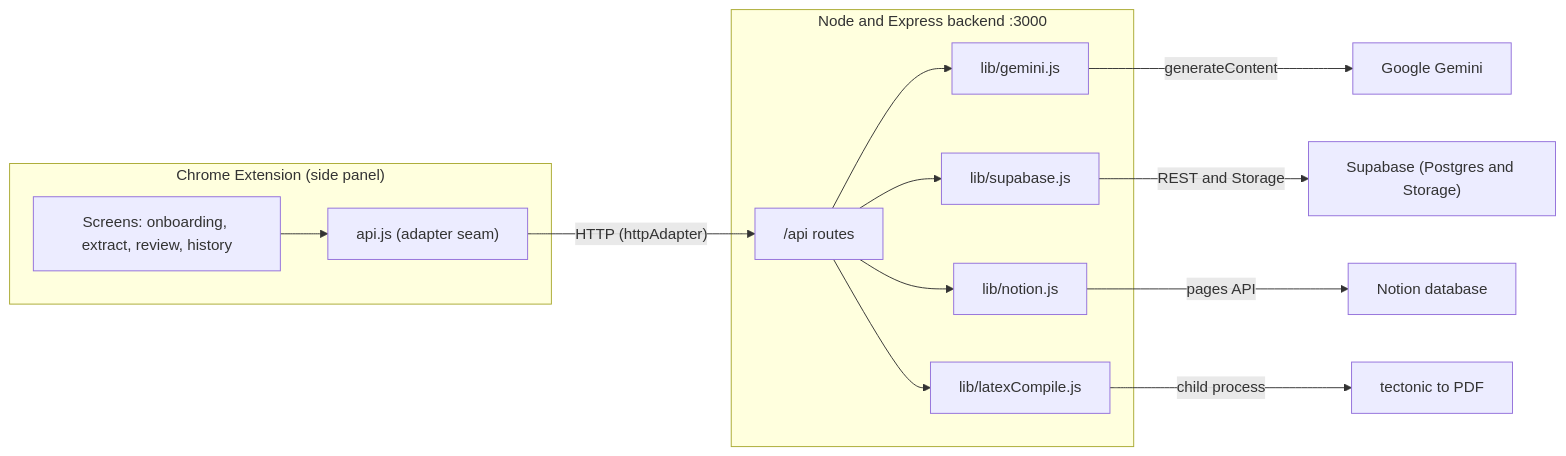
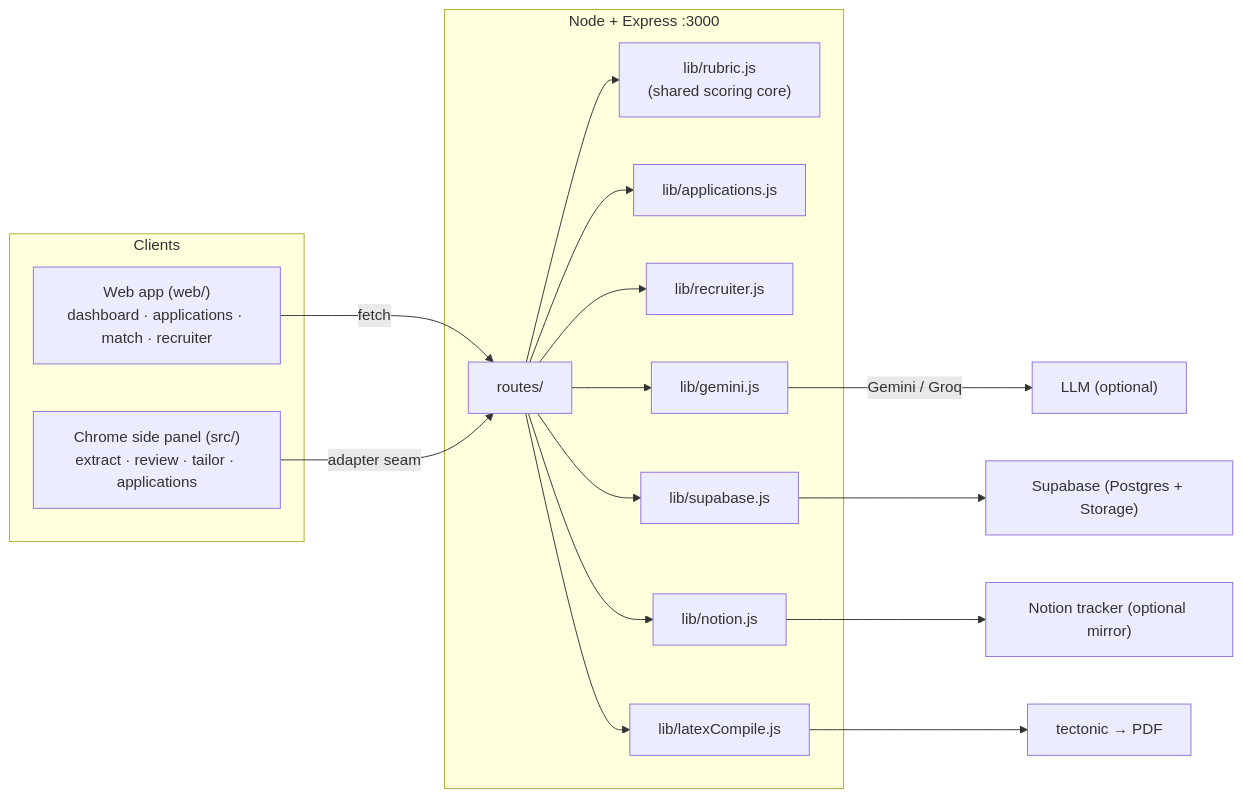
Before and after one commit to gmayank9999/FirSeCV: the diagram in README.md, drawn with Mermaid. The commit also changed other lines of this file and 42 other files, not shown here.

````diff
--- a/README.md
+++ b/README.md
@@ -42,23 +83,26 @@
 ```mermaid
 flowchart LR
-  subgraph Extension["Chrome Extension (side panel)"]
-    UI["Screens: onboarding, extract, review, history"]
-    API["api.js (adapter seam)"]
-    UI --> API
+  subgraph Clients
+    Web["Web app (web/)<br/>dashboard · applications · match · recruiter"]
+    Ext["Chrome side panel (src/)<br/>extract · review · tailor · applications"]
   end
 
-  subgraph Backend["Node and Express backend :3000"]
-    Routes["/api routes"]
+  subgraph Backend["Node + Express :3000"]
+    R["routes/"]
+    Rub["lib/rubric.js<br/>(shared scoring core)"]
+    App["lib/applications.js"]
+    Rec["lib/recruiter.js"]
     G["lib/gemini.js"]
     S["lib/supabase.js"]
     N["lib/notion.js"]
     L["lib/latexCompile.js"]
-    Routes --> G & S & N & L
+    R --> Rub & App & Rec & G & S & N & L
   end
 
-  API -- "HTTP (httpAdapter)" --> Routes
-  G -- "generateContent" --> Gemini["Google Gemini"]
-  S -- "REST and Storage" --> Supabase["Supabase (Postgres and Storage)"]
-  N -- "pages API" --> Notion["Notion database"]
-  L -- "child process" --> Tectonic["tectonic to PDF"]
+  Web -- "fetch" --> R
+  Ext -- "adapter seam" --> R
+  G -- "Gemini / Groq" --> LLM["LLM (optional)"]
+  S --> Supabase["Supabase (Postgres + Storage)"]
+  N --> Notion["Notion tracker (optional mirror)"]
+  L --> Tectonic["tectonic → PDF"]
 ```
````
